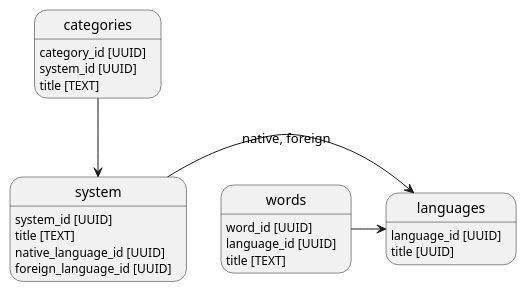
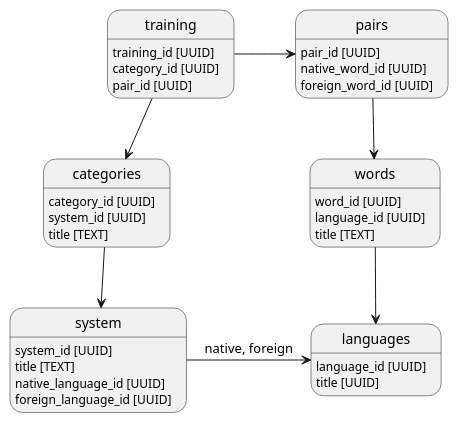
The diagram in src/database/schema.puml (LingAny/data-access), drawn with PlantUML before and after one commit.

Commit message:
[WIP] fix database schema

```diff
--- a/src/database/schema.puml
+++ b/src/database/schema.puml
@@ -1,22 +1,33 @@
 @startuml
 
 languages: language_id [UUID]
 languages: title [UUID]
 
 system: system_id [UUID]
 system: title [TEXT]
 system: native_language_id [UUID]
 system: foreign_language_id [UUID]
 system -> languages: native, foreign
 
 categories: category_id [UUID]
 categories: system_id [UUID]
 categories: title [TEXT]
 categories --> system
 
 words: word_id [UUID]
 words: language_id [UUID]
 words: title [TEXT]
-words -> languages
+words --> languages
+
+pairs: pair_id [UUID]
+pairs: native_word_id [UUID]
+pairs: foreign_word_id [UUID]
+pairs --> words
+
+training: training_id [UUID]
+training: category_id [UUID]
+training: pair_id [UUID]
+training --> categories
+training -> pairs
 
 @enduml
```
